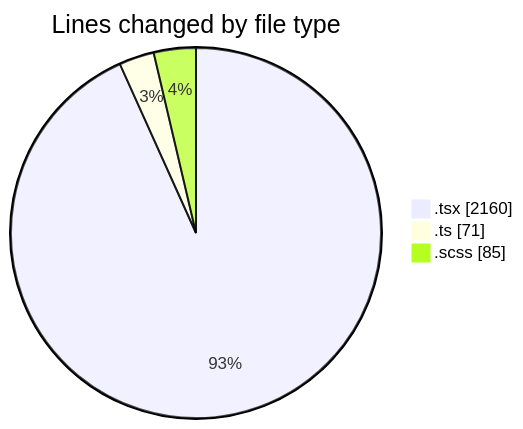
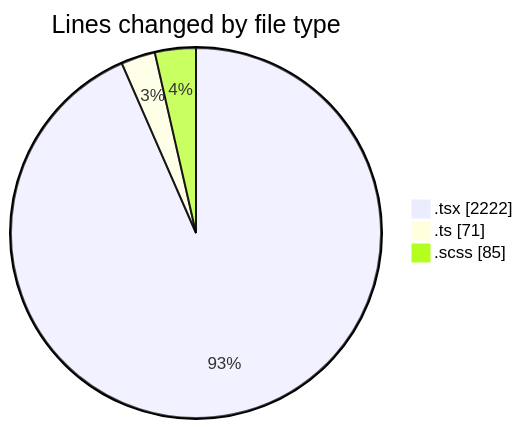
One commit to momahboobian/code-tracking changed the first of 2 diagrams in 2025-02-11/cda/README.md. Above: the diagram before and after it, drawn with Mermaid. The commit also changed other lines of this file and 1 other file, not shown here.

````diff
--- a/2025-02-11/cda/README.md
+++ b/2025-02-11/cda/README.md
@@ -24,7 +24,7 @@
 ```mermaid
 pie showData
 title Lines changed by file type
-".tsx" : 2160
+".tsx" : 2222
 ".ts" : 71
 ".scss" : 85
 ```
````
